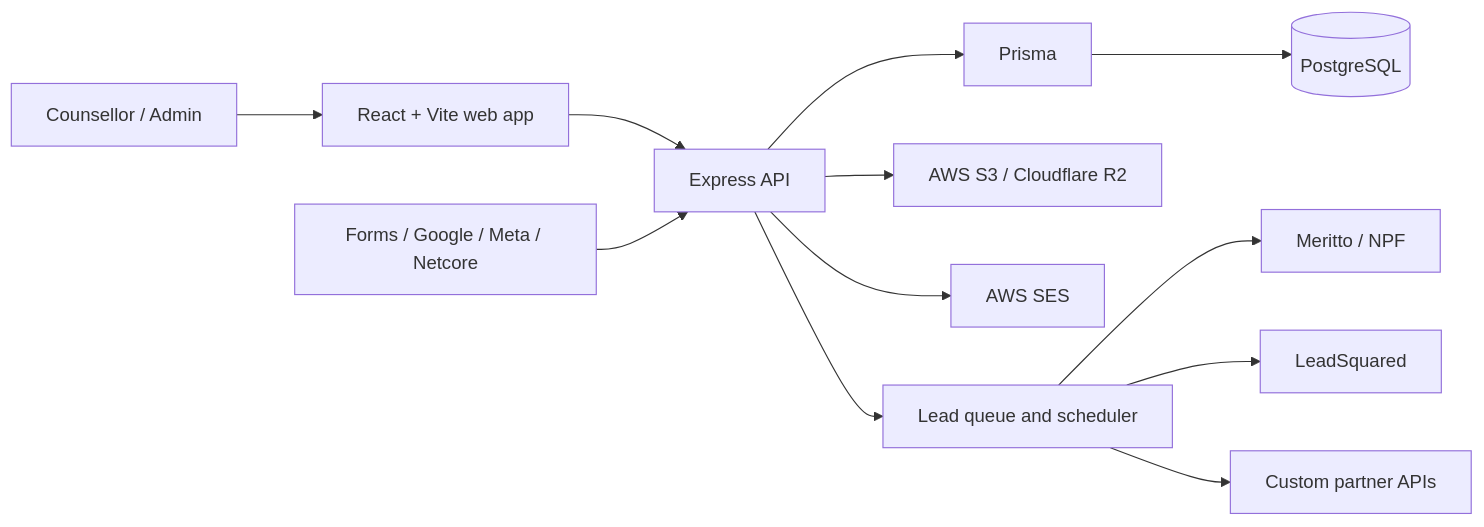
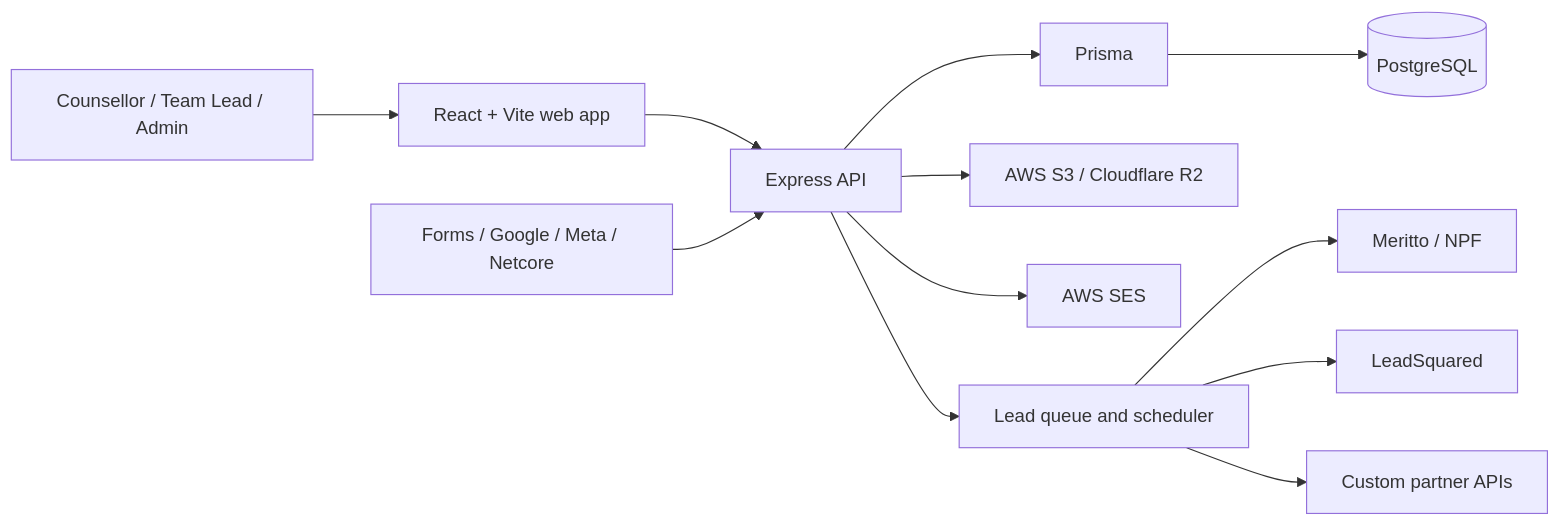
One commit to sunandgarg/crm-dc changed the first of 3 diagrams in docs/SYSTEM_WIREMAP.md. Above: the diagram before and after it, drawn with Mermaid. The commit also changed other lines of this file and 28 other files, not shown here.

````diff
--- a/docs/SYSTEM_WIREMAP.md
+++ b/docs/SYSTEM_WIREMAP.md
@@ -3,14 +3,14 @@
 ```mermaid
 flowchart LR
-  U["Counsellor / Admin"] --> W["React + Vite web app"]
+  U["Counsellor / Team Lead / Admin"] --> W["React + Vite web app"]
   W --> A["Express API"]
   A --> P["Prisma"]
   P --> D[("PostgreSQL")]
   A --> S["AWS S3 / Cloudflare R2"]
   A --> E["AWS SES"]
   A --> Q["Lead queue and scheduler"]
   Q --> M["Meritto / NPF"]
   Q --> L["LeadSquared"]
   Q --> X["Custom partner APIs"]
   G["Forms / Google / Meta / Netcore"] --> A
 ```
````
